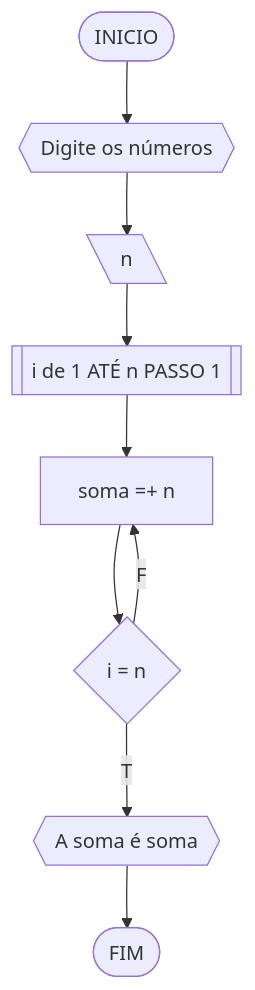
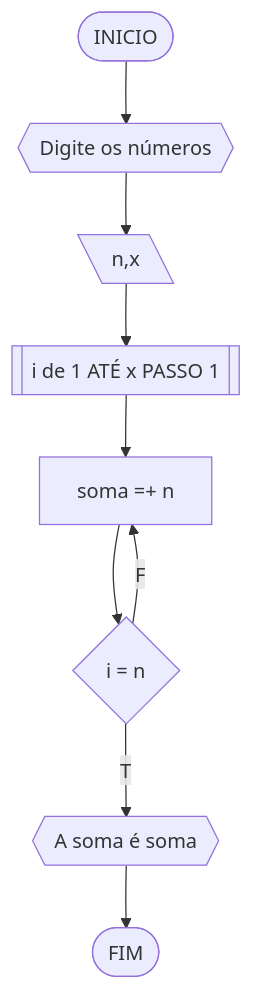
One commit to MozillaFirefox/UNIFOR changed diagram 14 of 22 in codigos.md. Above: the diagram before and after it, drawn with Mermaid. The commit also changed other lines of this file, not shown here.

````diff
--- a/codigos.md
+++ b/codigos.md
@@ -660,16 +660,16 @@
 ```mermaid
 flowchart TD
 A([INICIO]) --> B{{Digite os números}}
-B-->C[\n\]
-C-->D[[ i de 1 ATÉ n PASSO 1]]
+B-->C[\n,x\]
+C-->D[[ i de 1 ATÉ x PASSO 1]]  
 D-->E[soma =+ n]
 E-->H{i = n}
 H--T-->F{{A soma é soma}}
 H--F-->E
 F-->G([FIM])
 
 
 
 
 
 ```
````
